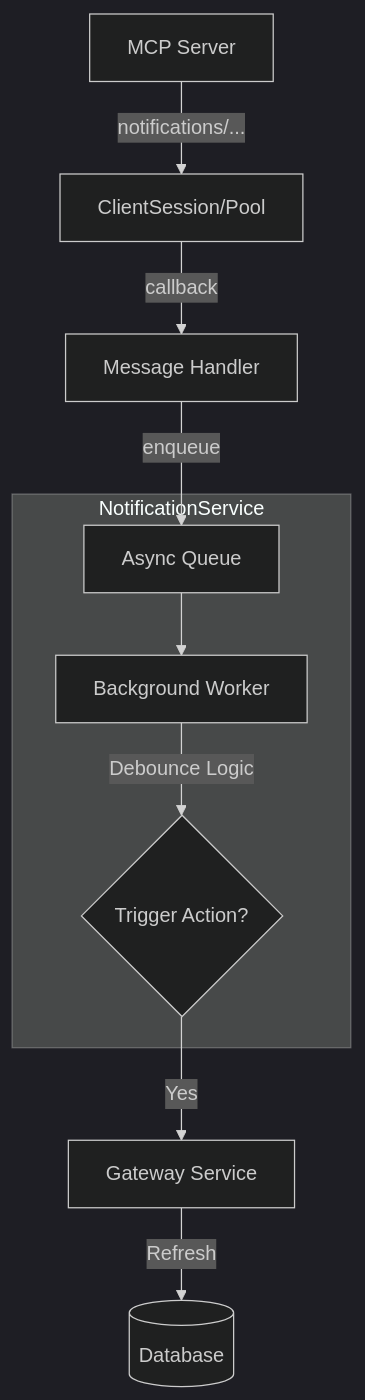
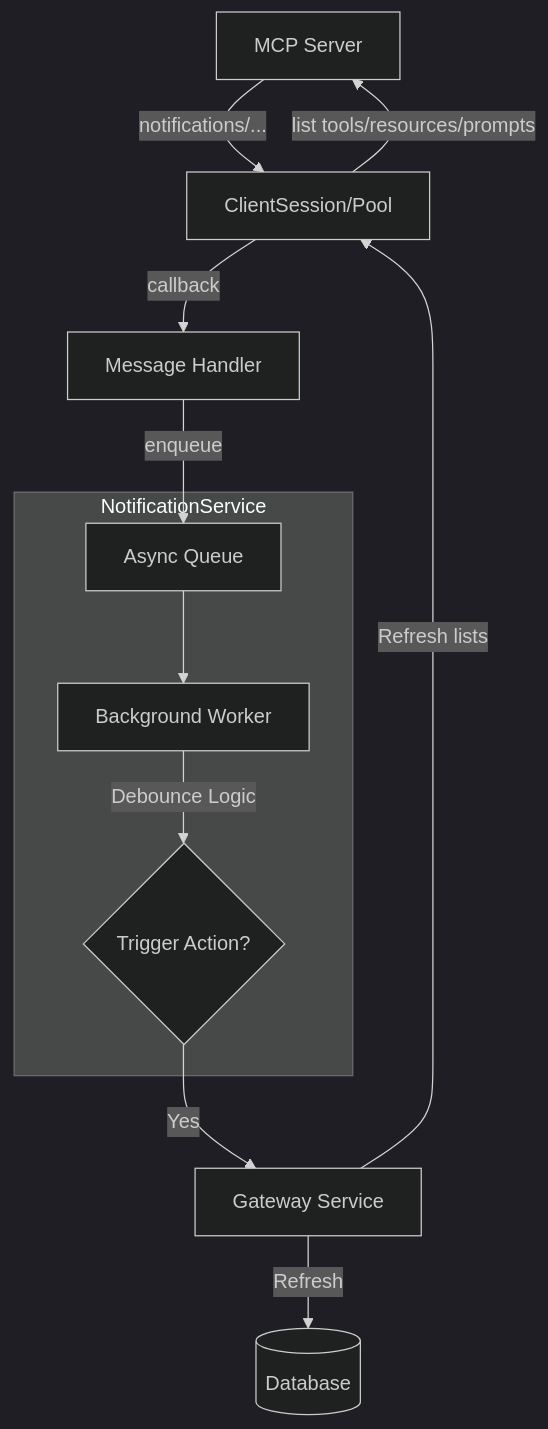
The diagram in docs/docs/architecture/adr/034-centralized-notification-service.md (tedhabeck/mcp-context-forge), drawn with Mermaid (dark theme) before and after one commit. The commit also changed other lines of this file and 147 other files, not shown here.

First line of the commit message:
docs: refresh docs formatting, links, and diagrams (#2624)

````diff
--- a/docs/docs/architecture/adr/034-centralized-notification-service.md
+++ b/docs/docs/architecture/adr/034-centralized-notification-service.md
@@ -76,14 +87,16 @@
 ```mermaid
 flowchart TD
     MCP[MCP Server] -->|notifications/...| Session[ClientSession/Pool]
+    Session -->|list tools/resources/prompts| MCP
     Session -->|callback| Handler[Message Handler]
     Handler -->|enqueue| Queue[Async Queue]
 
     subgraph NotificationService
         Queue --> Worker[Background Worker]
         Worker -->|Debounce Logic| Action{Trigger Action?}
     end
 
     Action -->|Yes| GatewayService[Gateway Service]
+    GatewayService -->|Refresh lists| Session
     GatewayService -->|Refresh| DB[(Database)]
 ```
````
